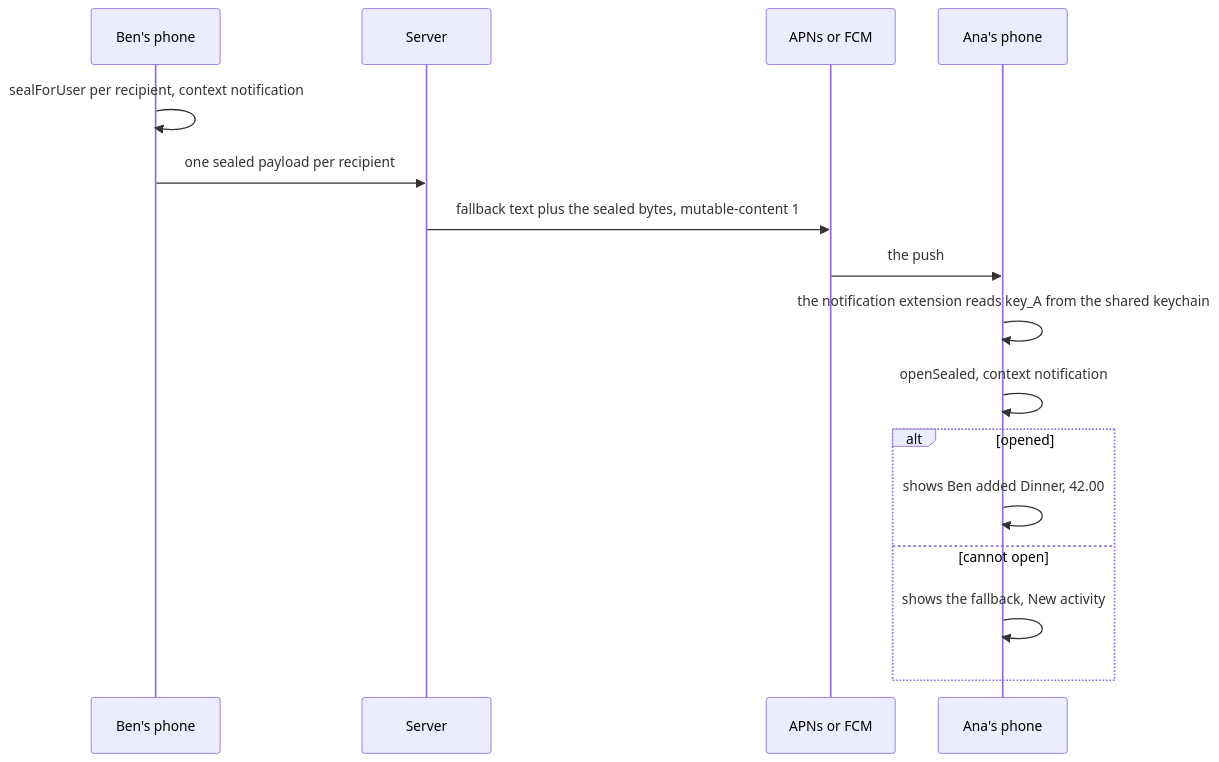
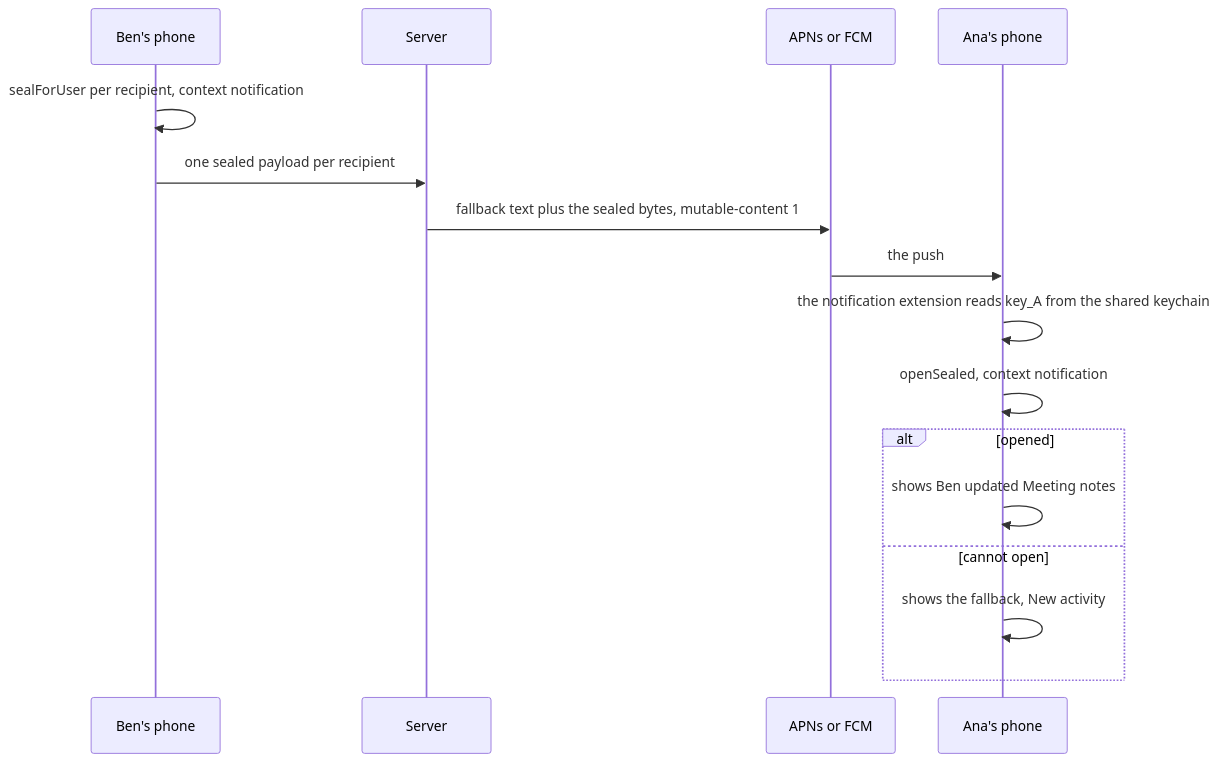
One commit to ezpriv/crypto changed the diagram in example/10-push-notifications/README.md. Above: the diagram before and after it, drawn with Mermaid. The commit also changed other lines of this file and 15 other files, not shown here.

````diff
--- a/example/10-push-notifications/README.md
+++ b/example/10-push-notifications/README.md
@@ -9,18 +9,18 @@
 ```mermaid
 sequenceDiagram
     participant Ben as Ben's phone
     participant Server
     participant Push as APNs or FCM
     participant Ana as Ana's phone
     Ben->>Ben: sealForUser per recipient, context notification
     Ben->>Server: one sealed payload per recipient
     Server->>Push: fallback text plus the sealed bytes, mutable-content 1
     Push->>Ana: the push
     Ana->>Ana: the notification extension reads key_A from the shared keychain
     Ana->>Ana: openSealed, context notification
     alt opened
-        Ana->>Ana: shows Ben added Dinner, 42.00
+        Ana->>Ana: shows Ben updated Meeting notes
     else cannot open
         Ana->>Ana: shows the fallback, New activity
     end
 ```
````
